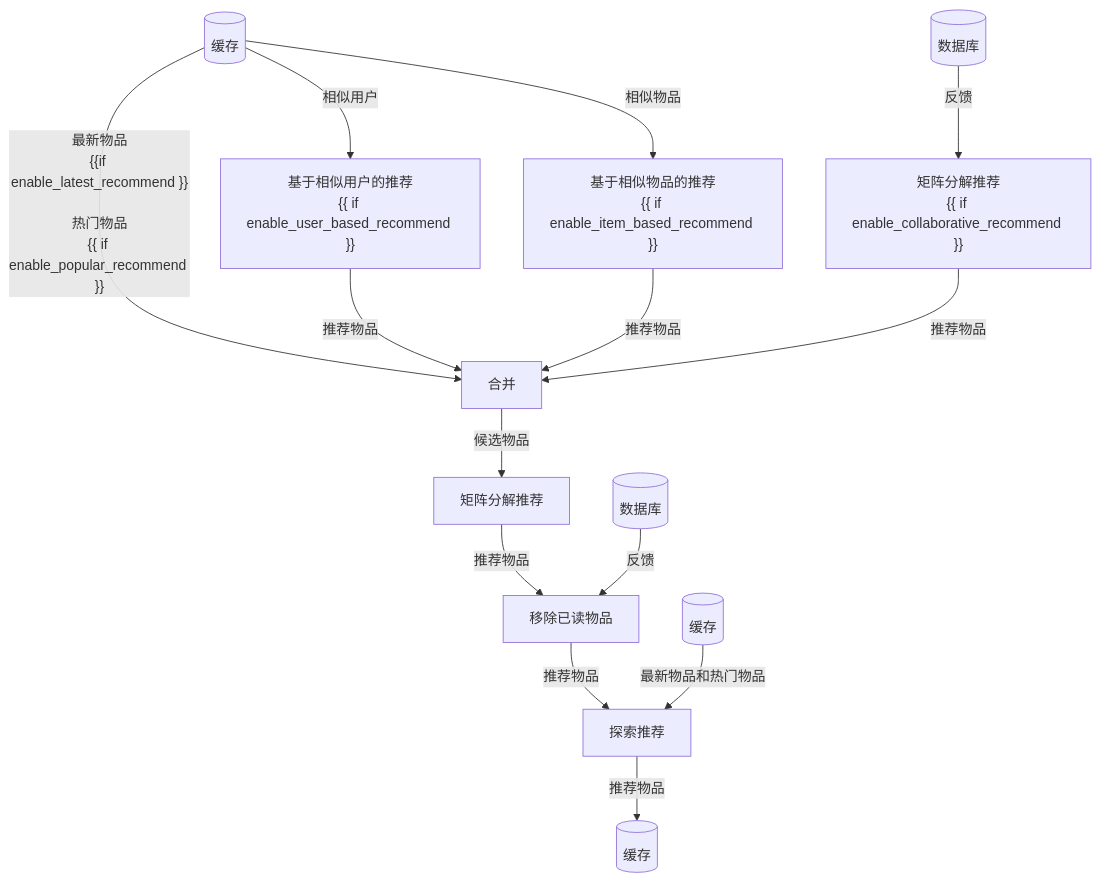
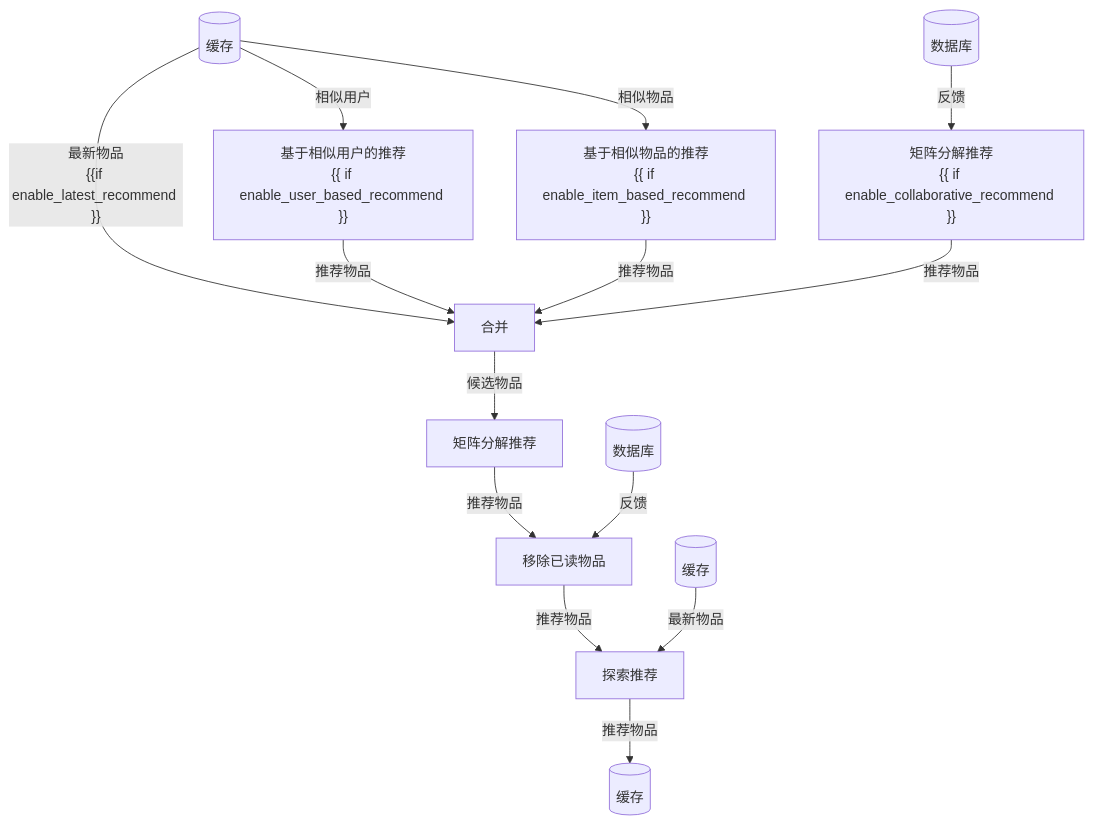
One commit to gorse-io/docs changed the third of 5 diagrams in src/zh/docs/master/concepts/how-it-works.md. Above: the diagram before and after it, drawn with Mermaid. The commit also changed other lines of this file and 10 other files, not shown here.

````diff
--- a/src/zh/docs/master/concepts/how-it-works.md
+++ b/src/zh/docs/master/concepts/how-it-works.md
@@ -140,16 +140,16 @@
 ```mermaid
 flowchart TD
-    cache[(缓存)]--"最新物品\n{{if enable_latest_recommend }}\n\n热门物品\n{{ if enable_popular_recommend }}"-->concat
+    cache[(缓存)]--"最新物品\n{{if enable_latest_recommend }}"-->concat
     cache--相似用户-->user_based["基于相似用户的推荐\n{{ if enable_user_based_recommend }}"]
     cache--相似物品-->item_based["基于相似物品的推荐\n{{ if enable_item_based_recommend }}"]
     user_based--推荐物品-->concat
     item_based--推荐物品-->concat
     database[(数据库)]--反馈-->mf["矩阵分解推荐\n{{ if enable_collaborative_recommend }}"]
     mf--推荐物品-->concat[合并]
     concat--候选物品-->fm[矩阵分解推荐]
     fm--推荐物品-->remove[移除已读物品]
     database2[(数据库)]--反馈-->remove
     remove--推荐物品-->explore[探索推荐]
-    cache2[(缓存)]--最新物品和热门物品-->explore
+    cache2[(缓存)]--最新物品-->explore
     explore--推荐物品-->cache3[(缓存)]
 ```
````
